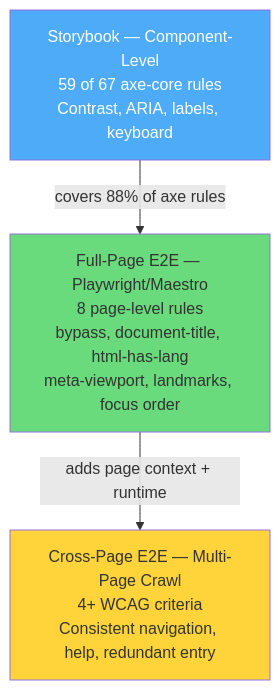
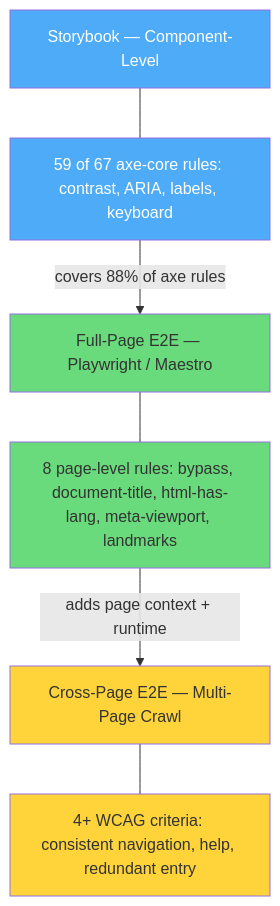
One commit to pietgk/vivief changed the fourth of 5 diagrams in docs/spec/accessibility-research/a11y-detect-fix-vision.md. Above: the diagram before and after it, drawn with Mermaid. The commit also changed other lines of this file, not shown here.

Commit message:
fix(a11y): fix newline rendering and Gantt timescale in Mermaid diagrams
- Split multi-line node labels into separate connected nodes to avoid
  literal \n rendering in Storybook vs E2E diagram
- Use tickInterval 1month and short month format (%b) for Gantt chart
  to prevent overlapping x-axis labels
- Shorten Phase 5 label to fit better

````diff
--- a/docs/spec/accessibility-research/a11y-detect-fix-vision.md
+++ b/docs/spec/accessibility-research/a11y-detect-fix-vision.md
@@ -887,13 +888,22 @@
 ```mermaid
 flowchart TD
-    SB["Storybook — Component-Level\n59 of 67 axe-core rules\nContrast, ARIA, labels, keyboard"]
-    E2E["Full-Page E2E — Playwright/Maestro\n8 page-level rules\nbypass, document-title, html-has-lang\nmeta-viewport, landmarks, focus order"]
-    XP["Cross-Page E2E — Multi-Page Crawl\n4+ WCAG criteria\nConsistent navigation, help, redundant entry"]
+    SB["Storybook — Component-Level"]
+    SB_D["59 of 67 axe-core rules: contrast, ARIA, labels, keyboard"]
+    E2E["Full-Page E2E — Playwright / Maestro"]
+    E2E_D["8 page-level rules: bypass, document-title, html-has-lang, meta-viewport, landmarks"]
+    XP["Cross-Page E2E — Multi-Page Crawl"]
+    XP_D["4+ WCAG criteria: consistent navigation, help, redundant entry"]
 
-    SB -->|"covers 88% of axe rules"| E2E
-    E2E -->|"adds page context + runtime"| XP
+    SB --- SB_D
+    SB_D -->|"covers 88% of axe rules"| E2E
+    E2E --- E2E_D
+    E2E_D -->|"adds page context + runtime"| XP
+    XP --- XP_D
 
     style SB fill:#4dabf7,color:#fff
+    style SB_D fill:#4dabf7,color:#fff
     style E2E fill:#69db7c,color:#333
+    style E2E_D fill:#69db7c,color:#333
     style XP fill:#ffd43b,color:#333
+    style XP_D fill:#ffd43b,color:#333
 ```
````
